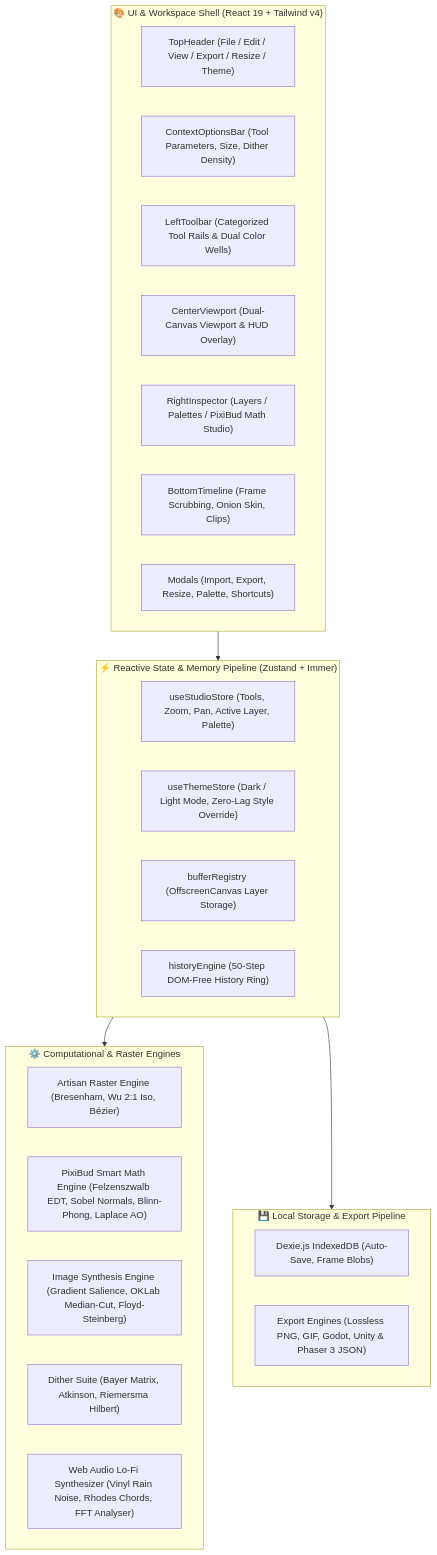
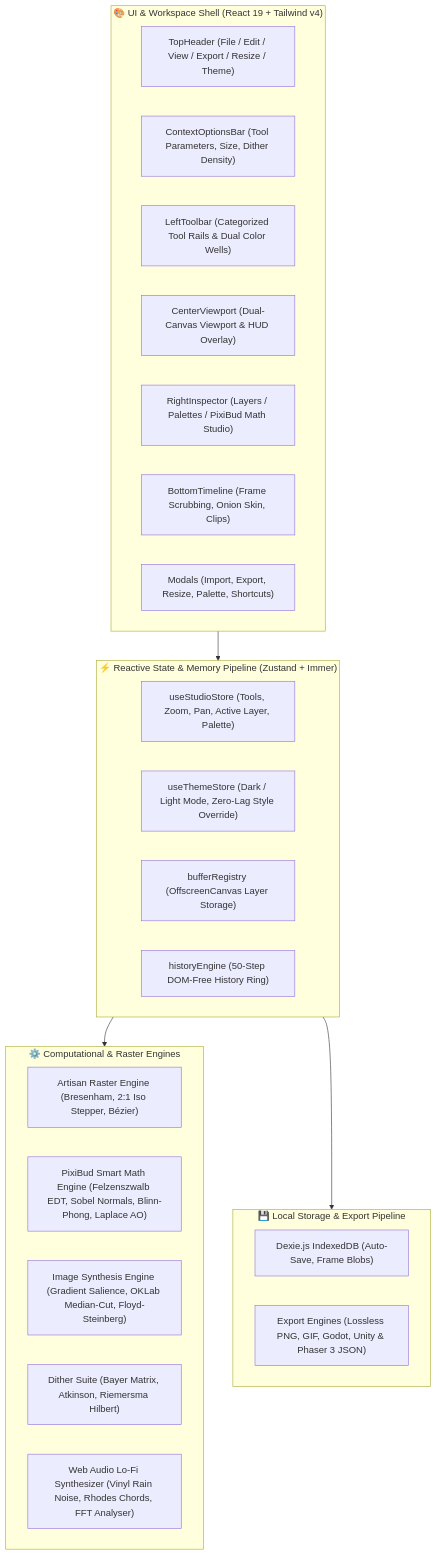
One commit to lxcario/PixiBun changed the first of 6 diagrams in ARCHITECTURE.md. Above: the diagram before and after it, drawn with Mermaid. The commit also changed other lines of this file and 11 other files, not shown here.

````diff
--- a/ARCHITECTURE.md
+++ b/ARCHITECTURE.md
@@ -17,36 +17,36 @@
 ```mermaid
 graph TD
     subgraph UI_Layer ["🎨 UI & Workspace Shell (React 19 + Tailwind v4)"]
         TopNav["TopHeader (File / Edit / View / Export / Resize / Theme)"]
         OptionStrip["ContextOptionsBar (Tool Parameters, Size, Dither Density)"]
         LeftRail["LeftToolbar (Categorized Tool Rails & Dual Color Wells)"]
         ViewportShell["CenterViewport (Dual-Canvas Viewport & HUD Overlay)"]
         RightStudio["RightInspector (Layers / Palettes / PixiBud Math Studio)"]
         TimelineDock["BottomTimeline (Frame Scrubbing, Onion Skin, Clips)"]
         Modals["Modals (Import, Export, Resize, Palette, Shortcuts)"]
     end
 
     subgraph State_Layer ["⚡ Reactive State & Memory Pipeline (Zustand + Immer)"]
         Store["useStudioStore (Tools, Zoom, Pan, Active Layer, Palette)"]
         Theme["useThemeStore (Dark / Light Mode, Zero-Lag Style Override)"]
         BufferReg["bufferRegistry (OffscreenCanvas Layer Storage)"]
         UndoRedo["historyEngine (50-Step DOM-Free History Ring)"]
     end
 
     subgraph Core_Engines ["⚙️ Computational & Raster Engines"]
-        RasterCore["Artisan Raster Engine (Bresenham, Wu 2:1 Iso, Bézier)"]
+        RasterCore["Artisan Raster Engine (Bresenham, 2:1 Iso Stepper, Bézier)"]
         MathCore["PixiBud Smart Math Engine (Felzenszwalb EDT, Sobel Normals, Blinn-Phong, Laplace AO)"]
         PixelizeCore["Image Synthesis Engine (Gradient Salience, OKLab Median-Cut, Floyd-Steinberg)"]
         DitherCore["Dither Suite (Bayer Matrix, Atkinson, Riemersma Hilbert)"]
         AudioCore["Web Audio Lo-Fi Synthesizer (Vinyl Rain Noise, Rhodes Chords, FFT Analyser)"]
     end
 
     subgraph Storage_Layer ["💾 Local Storage & Export Pipeline"]
         DexieDB["Dexie.js IndexedDB (Auto-Save, Frame Blobs)"]
         Exporter["Export Engines (Lossless PNG, GIF, Godot, Unity & Phaser 3 JSON)"]
     end
 
     UI_Layer --> State_Layer
     State_Layer --> Core_Engines
     State_Layer --> Storage_Layer
 ```
````
